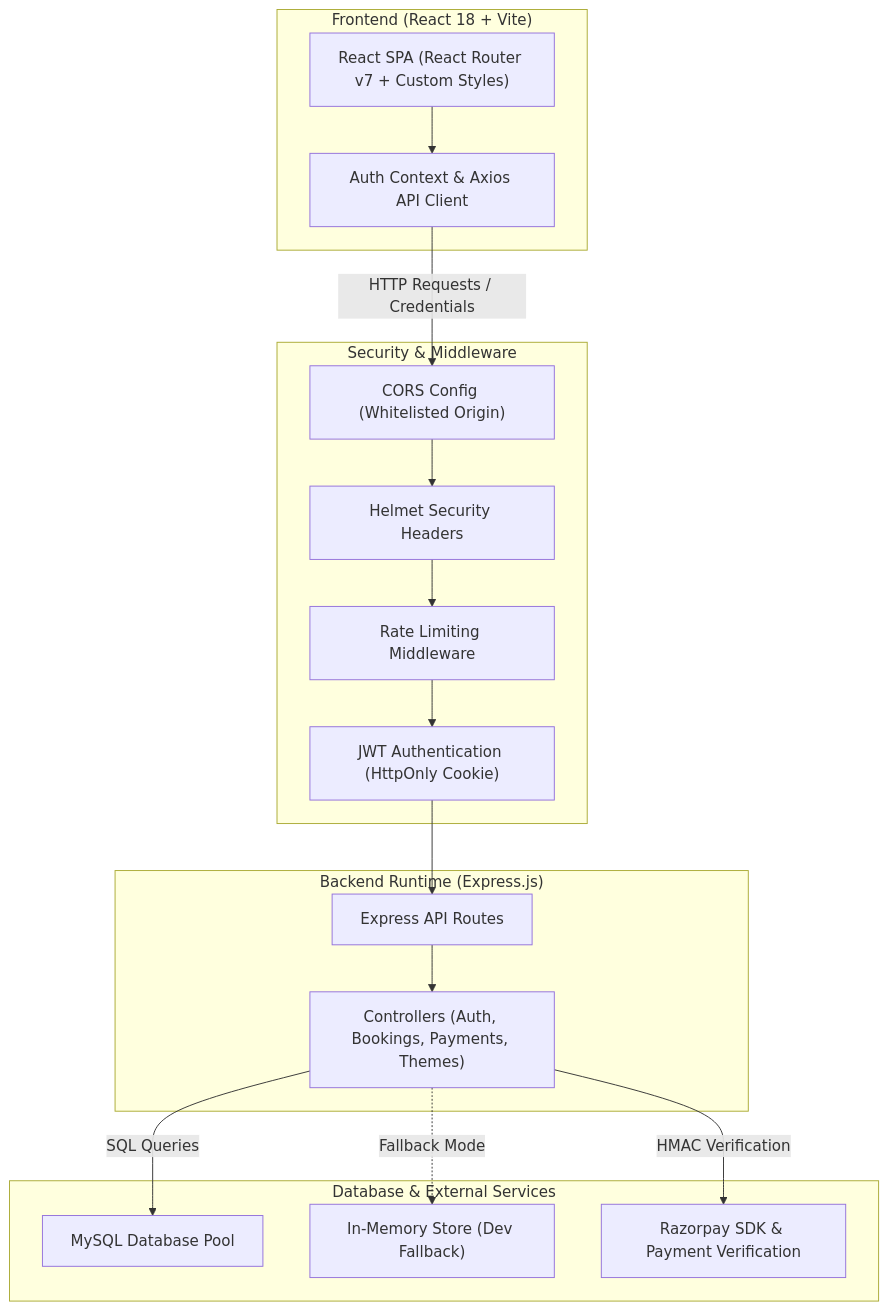
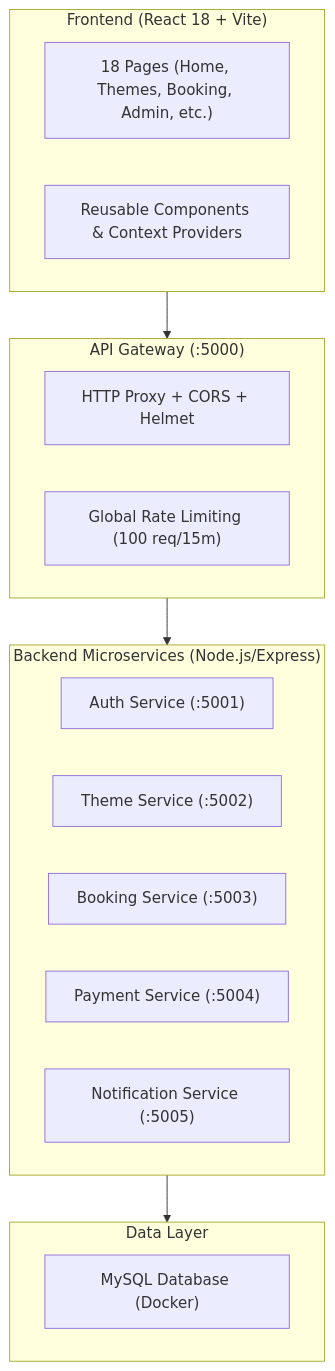
The first of 2 diagrams in README.md (dipambarman/EventPulse-Enterprise), drawn with Mermaid before and after one commit. The commit also changed other lines of this file, not shown here.

Commit message:
docs: update README to reflect microservices architecture

````diff
--- a/README.md
+++ b/README.md
@@ -50,34 +52,28 @@
 ```mermaid
-flowchart TD
-    subgraph Client ["Frontend (React 18 + Vite)"]
-        UI["React SPA (React Router v7 + Custom Styles)"]
-        State["Auth Context & Axios API Client"]
+graph TB
+    subgraph Frontend["Frontend (React 18 + Vite)"]
+        Pages["18 Pages (Home, Themes, Booking, Admin, etc.)"]
+        Components["Reusable Components & Context Providers"]
     end
 
-    subgraph Security ["Security & Middleware"]
-        CORS["CORS Config (Whitelisted Origin)"]
-        Helmet["Helmet Security Headers"]
-        RateLimit["Rate Limiting Middleware"]
-        AuthMiddleware["JWT Authentication (HttpOnly Cookie)"]
+    subgraph Gateway["API Gateway (:5000)"]
+        Proxy["HTTP Proxy + CORS + Helmet"]
+        RateLimiter["Global Rate Limiting (100 req/15m)"]
     end
 
-    subgraph Backend ["Backend Runtime (Express.js)"]
-        Router["Express API Routes"]
-        Controllers["Controllers (Auth, Bookings, Payments, Themes)"]
+    subgraph Microservices["Backend Microservices (Node.js/Express)"]
+        Auth["Auth Service (:5001)"]
+        Theme["Theme Service (:5002)"]
+        Booking["Booking Service (:5003)"]
+        Payment["Payment Service (:5004)"]
+        Notification["Notification Service (:5005)"]
     end
 
-    subgraph Storage ["Database & External Services"]
-        MySQL["MySQL Database Pool"]
-        MockStore["In-Memory Store (Dev Fallback)"]
-        Razorpay["Razorpay SDK & Payment Verification"]
+    subgraph Data["Data Layer"]
+        MySQL["MySQL Database (Docker)"]
     end
 
-    UI --> State
-    State -->|HTTP Requests / Credentials| CORS
-    CORS --> Helmet --> RateLimit --> AuthMiddleware
-    AuthMiddleware --> Router
-    Router --> Controllers
-    Controllers -->|SQL Queries| MySQL
-    Controllers -.->|Fallback Mode| MockStore
-    Controllers -->|HMAC Verification| Razorpay
+    Frontend --> Gateway
+    Gateway --> Microservices
+    Microservices --> Data
 ```
````
